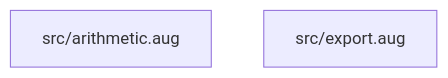
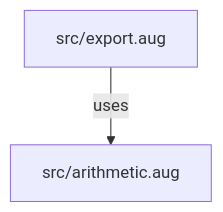
One commit to GreenPandaStudios/augscript changed the second of 2 diagrams in docs/examples/packages-math/diagrams/index.md. Above: the diagram before and after it, drawn with Mermaid. The commit also changed other lines of this file and 289 other files, not shown here.

Commit message:
Correct diagram control flow and complete generated wiki navigation

````diff
--- a/docs/examples/packages-math/diagrams/index.md
+++ b/docs/examples/packages-math/diagrams/index.md
@@ -29,6 +29,6 @@
 ```mermaid
 flowchart TD
     n0["src/arithmetic.aug"]
     n1["src/export.aug"]
-
+    n1 -->|"uses"| n0
 ```
````
